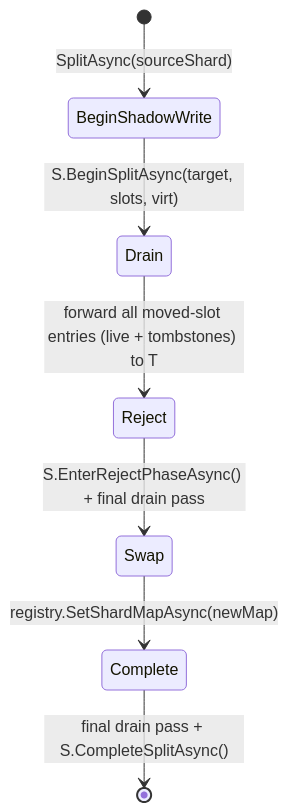
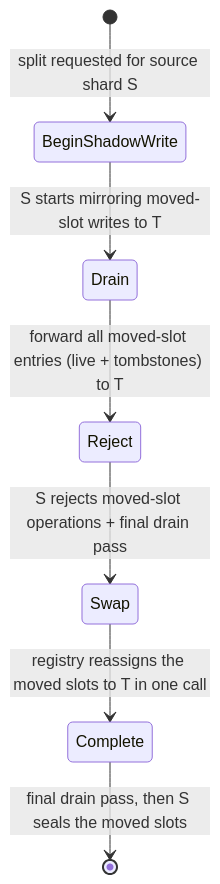
One commit to NSTA1/Orleans.Lattice changed the diagram in docs/lattice/shard-splitting.md. Above: the diagram before and after it, drawn with Mermaid. The commit also changed other lines of this file and 448 other files, not shown here.

````diff
--- a/docs/lattice/shard-splitting.md
+++ b/docs/lattice/shard-splitting.md
@@ -24,9 +24,9 @@
 ```mermaid
 stateDiagram-v2
-    [*] --> BeginShadowWrite : SplitAsync(sourceShard)
-    BeginShadowWrite --> Drain : S.BeginSplitAsync(target, slots, virt)
+    [*] --> BeginShadowWrite : split requested for source shard S
+    BeginShadowWrite --> Drain : S starts mirroring moved-slot writes to T
     Drain --> Reject : forward all moved-slot entries (live + tombstones) to T
-    Reject --> Swap : S.EnterRejectPhaseAsync() + final drain pass
-    Swap --> Complete : registry.SetShardMapAsync(newMap)
-    Complete --> [*] : final drain pass + S.CompleteSplitAsync()
+    Reject --> Swap : S rejects moved-slot operations + final drain pass
+    Swap --> Complete : registry reassigns the moved slots to T in one call
+    Complete --> [*] : final drain pass, then S seals the moved slots
 ```
````
